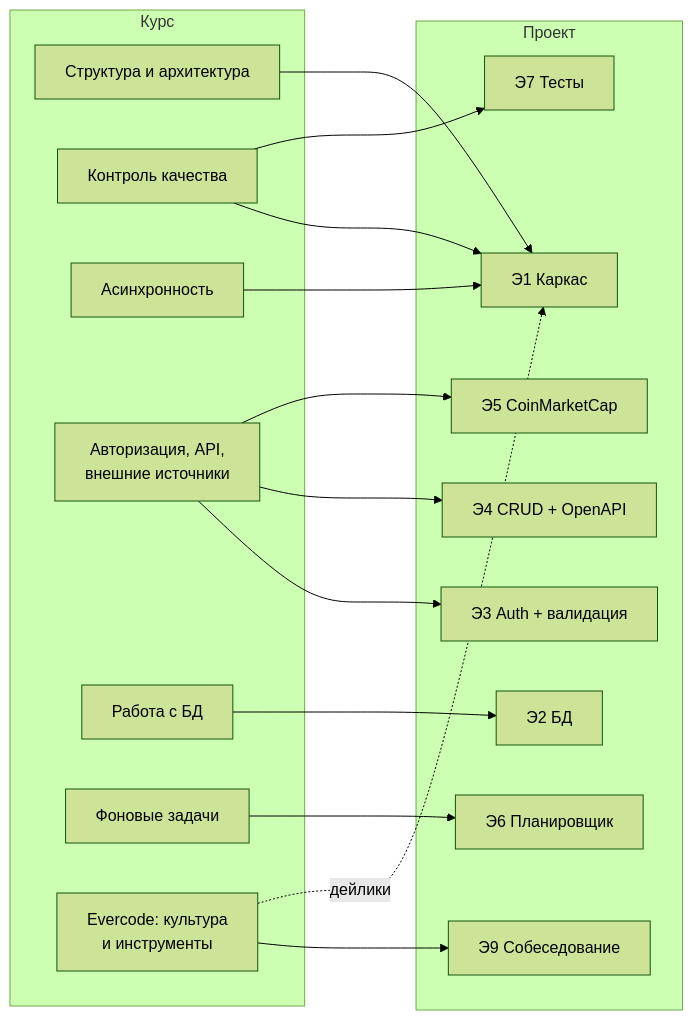
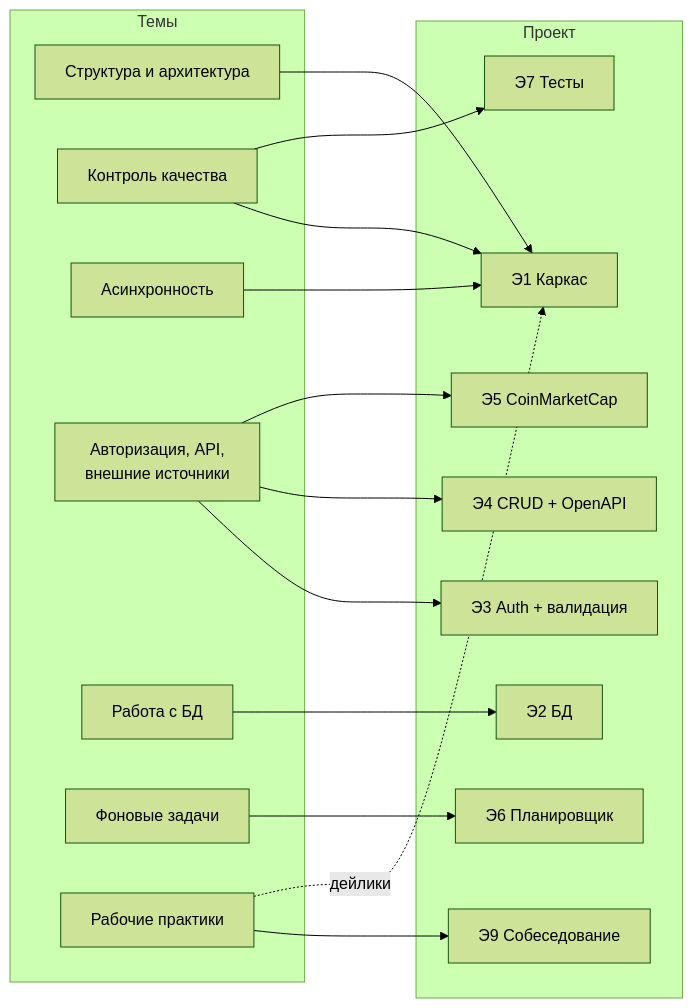
Before and after one commit to LeshBerz/crypto-price-tracker: the diagram in docs/course/course-map.md, drawn with Mermaid (forest theme). The commit also changed other lines of this file and 58 other files, not shown here.

````diff
--- a/docs/course/course-map.md
+++ b/docs/course/course-map.md
@@ -8,33 +7,33 @@
 ```mermaid
 flowchart LR
-  subgraph Курс
+  subgraph Темы
     L1[Структура и архитектура]
     L2[Контроль качества]
     L3[Асинхронность]
     L4[Авторизация, API,<br/>внешние источники]
     L5[Работа с БД]
     L6[Фоновые задачи]
-    L7[Evercode: культура<br/>и инструменты]
+    L7[Рабочие практики]
   end
   subgraph Проект
     E1[Э1 Каркас]
     E2[Э2 БД]
     E3[Э3 Auth + валидация]
     E4[Э4 CRUD + OpenAPI]
     E5[Э5 CoinMarketCap]
     E6[Э6 Планировщик]
     E7[Э7 Тесты]
     E9[Э9 Собеседование]
   end
   L1 --> E1
   L2 --> E1
   L2 --> E7
   L3 --> E1
   L4 --> E3
   L4 --> E4
   L4 --> E5
   L5 --> E2
   L6 --> E6
   L7 --> E9
   L7 -.дейлики.-> E1
 ```
````
